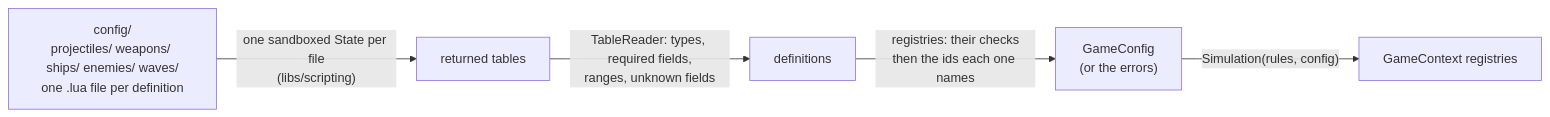
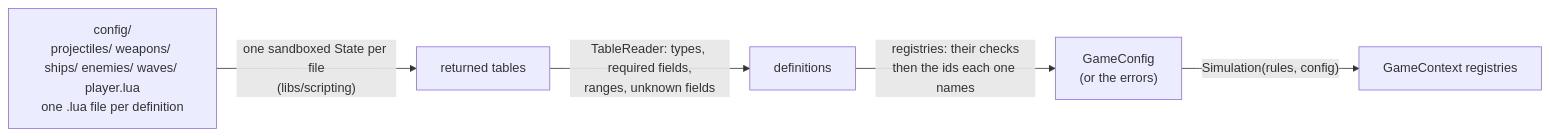
The tenth of 10 diagrams in docs/architecture/game.md (Akinator31/Rtype), drawn with Mermaid before and after one commit. The commit also changed other lines of this file and 3 other files, not shown here.

````diff
--- a/docs/architecture/game.md
+++ b/docs/architecture/game.md
@@ -404,8 +472,8 @@
 ```mermaid
 flowchart LR
-    Files["config/<br/>projectiles/ weapons/ ships/ enemies/ waves/<br/>one .lua file per definition"]
+    Files["config/<br/>projectiles/ weapons/ ships/ enemies/ waves/ player.lua<br/>one .lua file per definition"]
     Files -- "one sandboxed State per file<br/>(libs/scripting)" --> Tables["returned tables"]
     Tables -- "TableReader: types, required fields,<br/>ranges, unknown fields" --> Defs["definitions"]
     Defs -- "registries: their checks<br/>then the ids each one names" --> Config["GameConfig<br/>(or the errors)"]
     Config -- "Simulation(rules, config)" --> Context["GameContext registries"]
 ```
````
